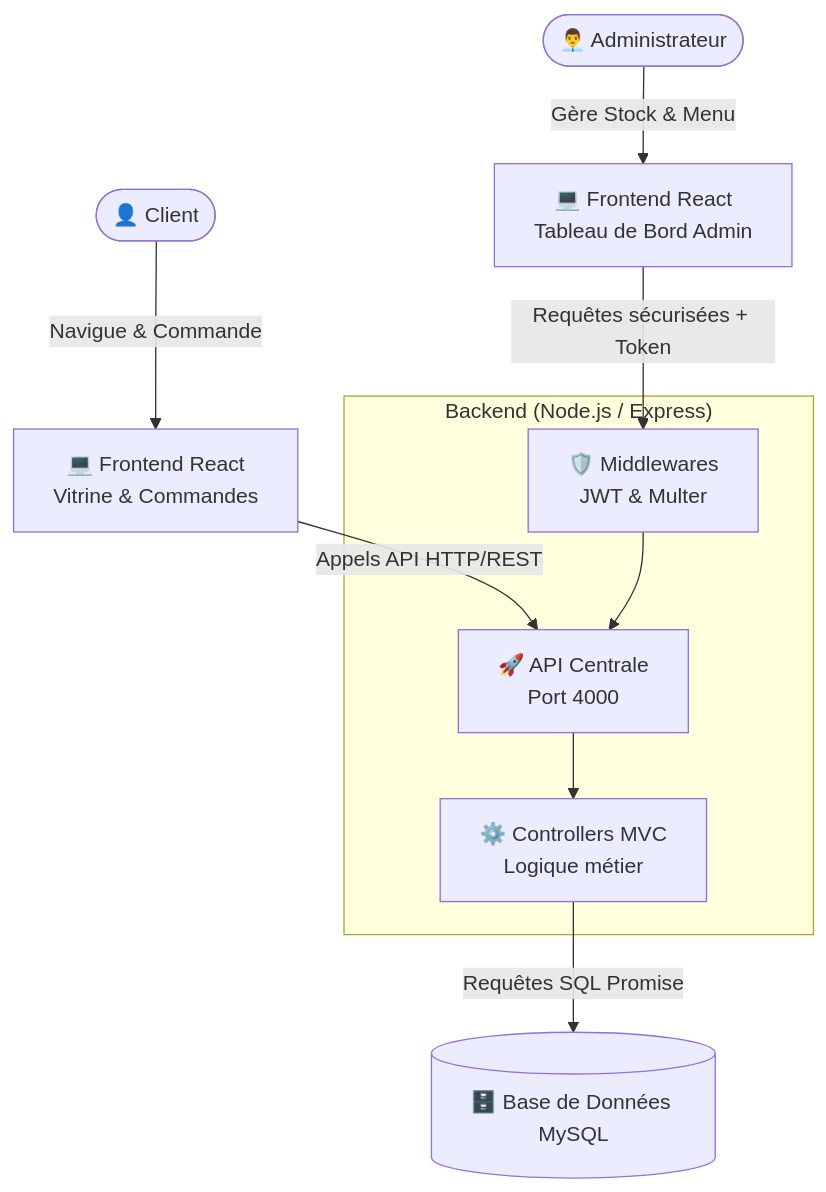
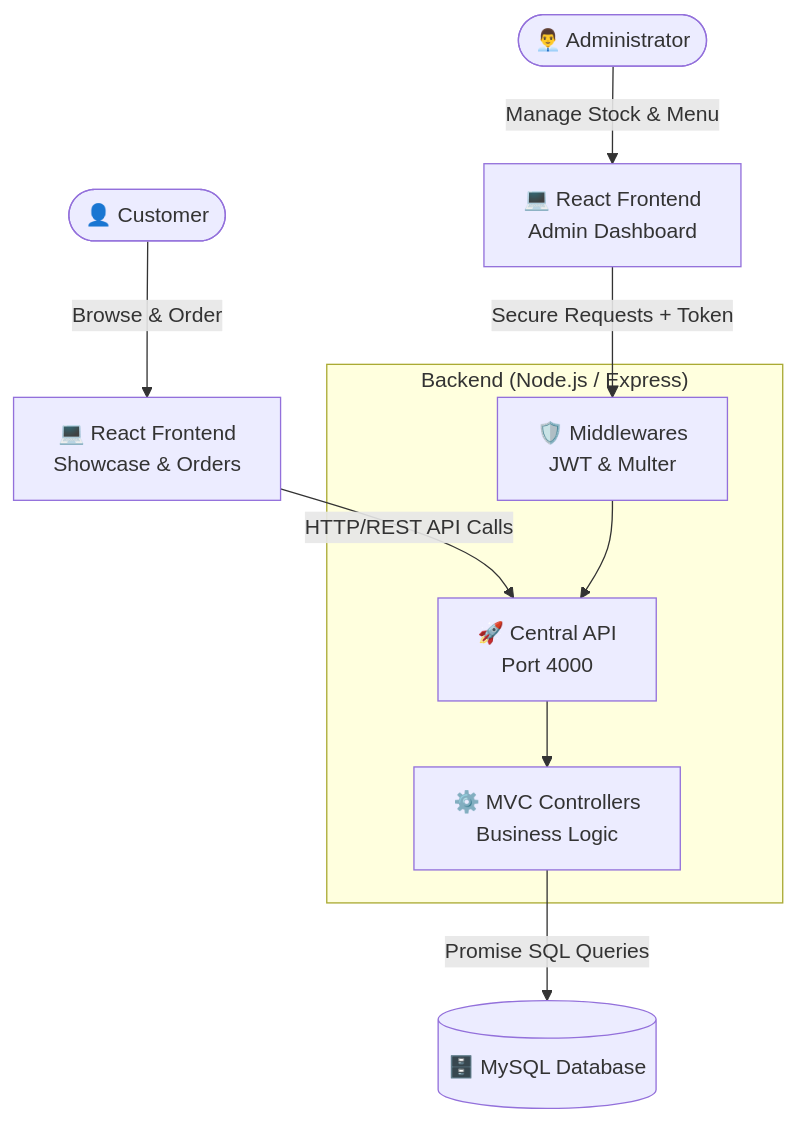
One commit to mahmoudBH/coffee-shop-platform changed the diagram in README.md. Above: the diagram before and after it, drawn with Mermaid. The commit also changed other lines of this file, not shown here.

````diff
--- a/README.md
+++ b/README.md
@@ -21,33 +21,33 @@
 ```mermaid
 graph TD;
-    %% Utilisateurs
-    Client([👤 Client])
-    Admin([👨‍💼 Administrateur])
+    %% Users
+    Client([👤 Customer])
+    Admin([👨‍💼 Administrator])
 
     %% Frontends
-    ClientApp[💻 Frontend React\nVitrine & Commandes]
-    AdminApp[💻 Frontend React\nTableau de Bord Admin]
+    ClientApp[💻 React Frontend\nShowcase & Orders]
+    AdminApp[💻 React Frontend\nAdmin Dashboard]
 
     %% Backend
     subgraph "Backend (Node.js / Express)"
-        API[🚀 API Centrale\nPort 4000]
-        Controllers[⚙️ Controllers MVC\nLogique métier]
+        API[🚀 Central API\nPort 4000]
+        Controllers[⚙️ MVC Controllers\nBusiness Logic]
         Middlewares[🛡️ Middlewares\nJWT & Multer]
     end
 
-    %% Base de données
-    DB[(🗄️ Base de Données MySQL)]
+    %% Database
+    DB[(🗄️ MySQL Database)]
 
-    %% Flux Client
-    Client -->|Navigue & Commande| ClientApp
-    ClientApp -->|Appels API HTTP/REST| API
+    %% Customer Flow
+    Client -->|Browse & Order| ClientApp
+    ClientApp -->|HTTP/REST API Calls| API
 
-    %% Flux Admin
-    Admin -->|Gère Stock & Menu| AdminApp
-    AdminApp -->|Requêtes sécurisées + Token| Middlewares
+    %% Admin Flow
+    Admin -->|Manage Stock & Menu| AdminApp
+    AdminApp -->|Secure Requests + Token| Middlewares
     
-    %% Résolution Backend
+    %% Backend Resolution
     Middlewares --> API
     API --> Controllers
-    Controllers -->|Requêtes SQL Promise| DB
+    Controllers -->|Promise SQL Queries| DB
 ```
````
